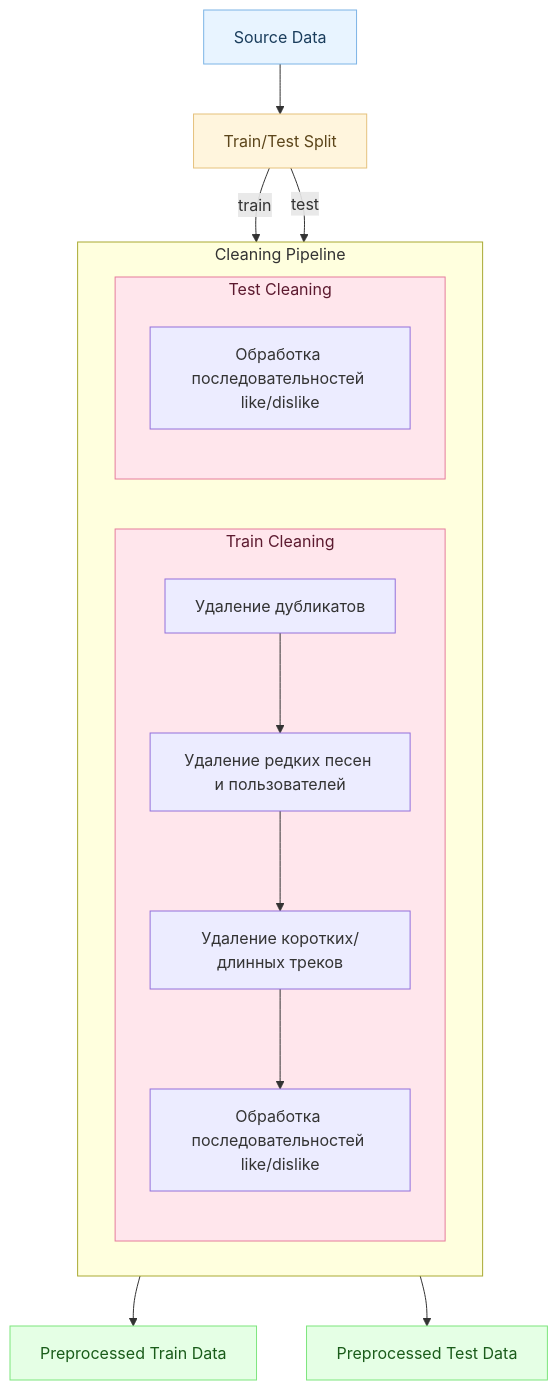
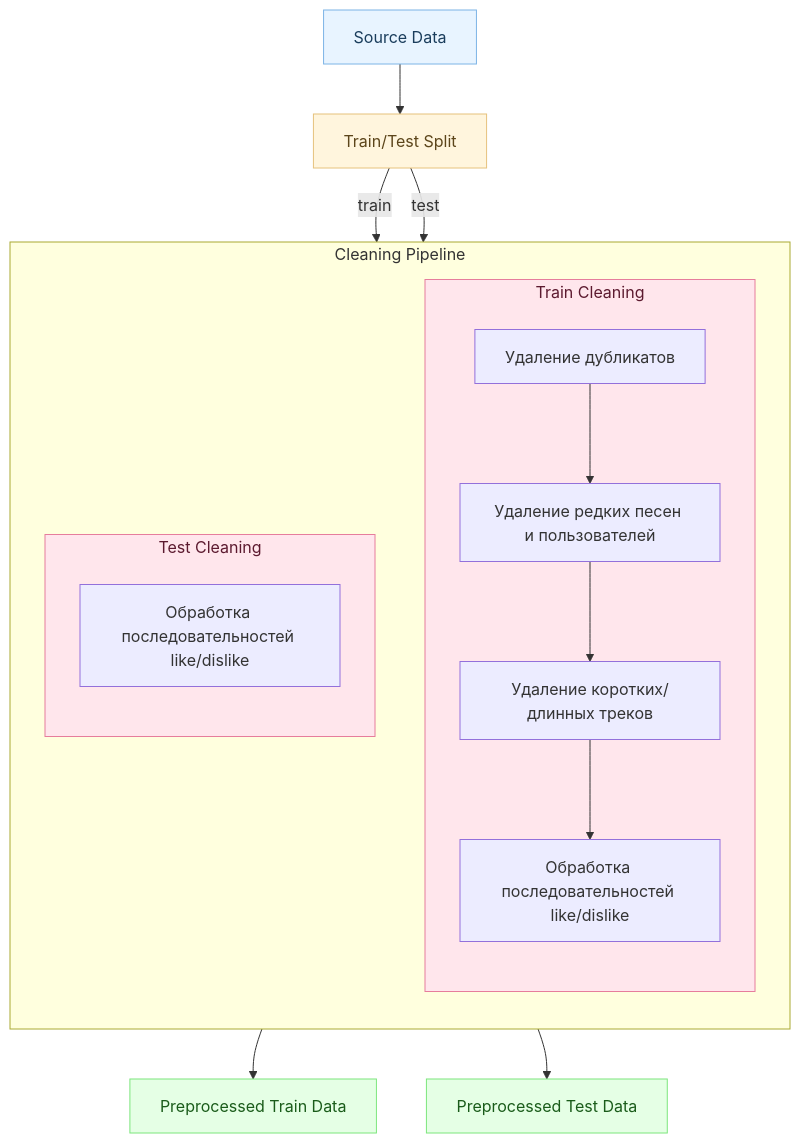
One commit to Nastasy822/music-recommendation-experiments changed the first of 2 diagrams in README.md. Above: the diagram before and after it, drawn with Mermaid.

Commit message:
docs: add diagram of preprocessing

````diff
--- a/README.md
+++ b/README.md
@@ -138,52 +138,52 @@
 ```mermaid
 flowchart TB
 
     %% === Исходные данные ===
     SRC["Source Data"]
 
     %% === Train/Test Split ===
     SPLIT["Train/Test Split"]
 
     %% === Cleaning блок ===
     subgraph CLEANING["Cleaning Pipeline"]
-        direction LR
-
+        direction TB
+        
         %% === Train Cleaning ===
         subgraph TRAIN_CLN["Train Cleaning"]
             direction TB
             N1["Удаление дубликатов"]
             N2["Удаление редких песен и пользователей"]
             N3["Удаление коротких/длинных треков"]
             N4["Обработка последовательностей like/dislike"]
             N1 --> N2 --> N3 --> N4
         end
 
         %% === Test Cleaning ===
         subgraph TEST_CLN["Test Cleaning"]
             direction TB
             T1["Обработка последовательностей like/dislike"]
         end
     end
 
     PRE_TRAIN["Preprocessed Train Data"]
     PRE_TEST["Preprocessed Test Data"]
 
     %% === Потоки ===
     SRC --> SPLIT
     SPLIT -->|train| N1
     SPLIT -->|test| T1
 
     N4 --> PRE_TRAIN
     T1 --> PRE_TEST
 
     %% === Стили ===
     classDef source fill:#e8f4ff,stroke:#7db4e6,color:#1a3d5c;
     classDef split fill:#fff5dd,stroke:#e6c27d,color:#5c451a;
     classDef clean fill:#ffe6ec,stroke:#e67d9c,color:#5c1a2f;
     classDef result fill:#e5ffe5,stroke:#7de67d,color:#1a5c1a;
 
     class SRC source;
     class SPLIT split;
     class TRAIN_CLN,TEST_CLN clean;
     class PRE_TRAIN,PRE_TEST result;
 ```
````
